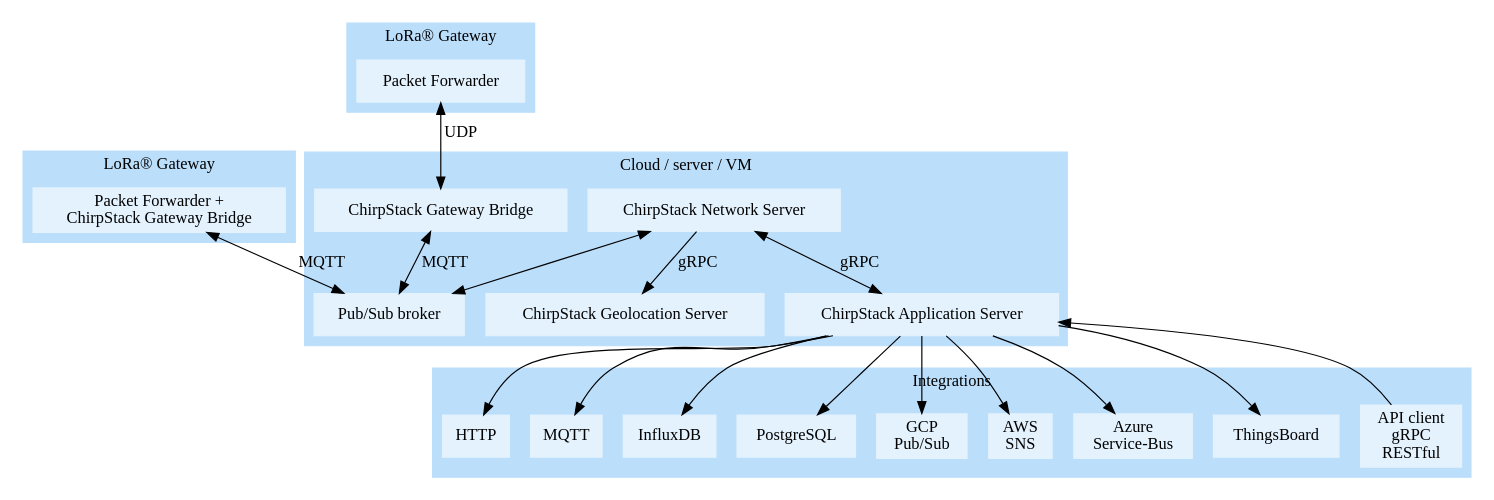
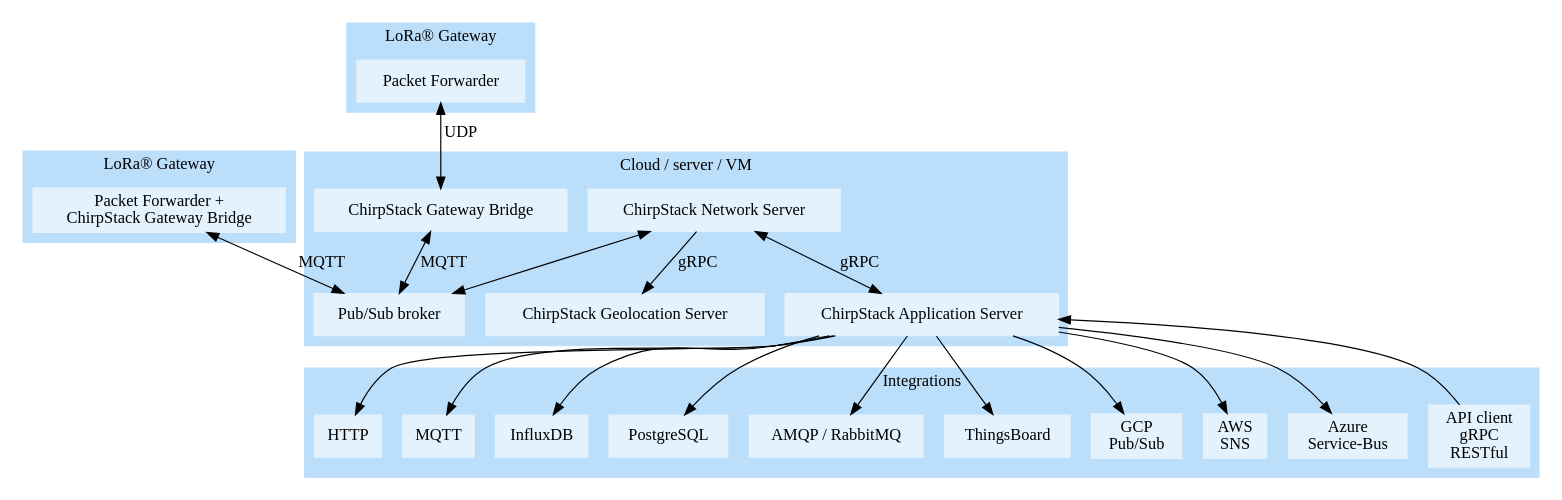
Before and after one commit to brocaar/chirpstack-docs: the diagram in docs/architecture.dot, drawn with Graphviz. The commit also changed 1 other file, not shown here.

Commit message:
Update architecture graph.

```diff
--- a/docs/architecture.dot
+++ b/docs/architecture.dot
@@ -1,73 +1,75 @@
 digraph G {
 	node [shape=record];
 	
 
 	subgraph cluster_0 {
 		style=filled;
 		color="#bbdefb";
 		node [style=filled,color="#e3f2fd"];
 
 		"chirpstack-network-server" -> "pub-sub" [dir="both"];
 		"chirpstack-network-server" -> "chirpstack-geolocation-server" [label="gRPC"];
 		"chirpstack-network-server" -> "chirpstack-application-server" [dir="both",label="gRPC"];
 		"chirpstack-gateway-bridge-cloud" -> "pub-sub" [dir="both" label="MQTT"];
 
 		"chirpstack-network-server" [label="ChirpStack Network Server"];
 		"pub-sub" [label="Pub/Sub broker"];
 		"chirpstack-application-server" [label="ChirpStack Application Server"];
 		"chirpstack-geolocation-server" [label="ChirpStack Geolocation Server"];
 		"chirpstack-gateway-bridge-cloud" [label="ChirpStack Gateway Bridge"];
 
 		label = "Cloud / server / VM";
 	}
 
 	subgraph cluster_1 {
 		style=filled;
 		color="#bbdefb";
 		node [style=filled,color="#e3f2fd"];
 		label="LoRa&reg; Gateway";
 
 		"chirpstack-gateway-bridge-gw" -> "pub-sub" [label="MQTT",dir="both"];
 		"chirpstack-gateway-bridge-gw" [label="Packet Forwarder +\nChirpStack Gateway Bridge"];
 	}
 
 
 	subgraph cluster_2 {
 		style=filled;
 		color="#bbdefb";
 		node [style=filled,color="#e3f2fd"];
 		label="LoRa&reg; Gateway";
 
 		"packet-forwarder-gw2" -> "chirpstack-gateway-bridge-cloud" [label="UDP",dir="both"];
 		"packet-forwarder-gw2" [label="Packet Forwarder"];
 	}
 
 	subgraph cluster_3 {
 		style=filled;
 		color="#bbdefb";
 		node [style=filled,color="#e3f2fd"];
 		label="Integrations";
 
 		"http-int" [label="HTTP"];
 		"mqtt-int" [label="MQTT"];
 		"influxdb-int" [label="InfluxDB"];
 		"postgresql-int" [label="PostgreSQL"];
+		"amqp" [label="AMQP / RabbitMQ"];
+		"thigsboard" [label="ThingsBoard"];
 		"gcp-pubsub-int" [label="GCP\nPub/Sub"];
 		"aws-sns-int" [label="AWS\nSNS"];
 		"azure-service-bus-int" [label="Azure\nService-Bus"];
-		"thigsboard" [label="ThingsBoard"];
 		"as-api-client" [label="API client\ngRPC\nRESTful"];
 	}
 
 
 	"chirpstack-application-server" -> "http-int";
 	"chirpstack-application-server" -> "mqtt-int";
 	"chirpstack-application-server" -> "gcp-pubsub-int";
 	"chirpstack-application-server" -> "aws-sns-int";
 	"chirpstack-application-server" -> "azure-service-bus-int";
 	"chirpstack-application-server" -> "influxdb-int";
 	"chirpstack-application-server" -> "postgresql-int";
 	"chirpstack-application-server" -> "thigsboard";
+	"chirpstack-application-server" -> "amqp";
 
 	"as-api-client" -> "chirpstack-application-server";
 }
```
